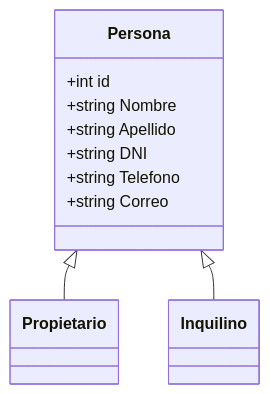
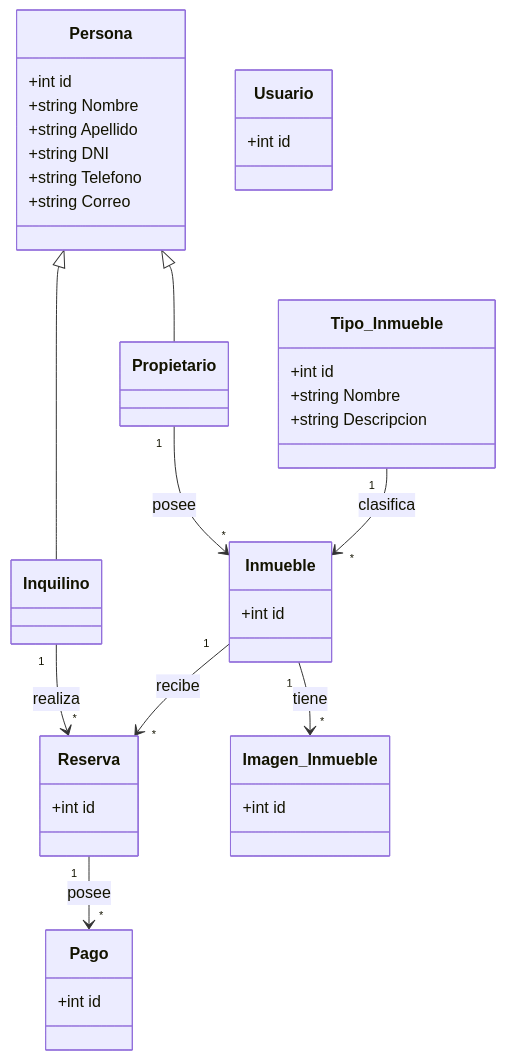
One commit to AlbertDaroni/Ejercicio-1 changed the diagram in README.md. Above: the diagram before and after it, drawn with Mermaid. The commit also changed other lines of this file, not shown here.

````diff
--- a/README.md
+++ b/README.md
@@ -28,21 +51,54 @@
 ```mermaid
 classDiagram
 
     class Persona {
         +int id
         +string Nombre
         +string Apellido
         +string DNI
         +string Telefono
         +string Correo
     }
 
     class Propietario {
     }
 
     class Inquilino {
     }
 
+    class Inmueble {
+        +int id
+    }
+
+    class Tipo_Inmueble {
+        +int id
+        +string Nombre
+        +string Descripcion
+    }
+
+    class Reserva {
+        +int id
+    }
+
+    class Imagen_Inmueble {
+        +int id
+    }
+
+    class Pago {
+        +int id
+    }
+
+    class Usuario {
+        +int id
+    }
+
     Persona <|-- Propietario
     Persona <|-- Inquilino
+
+    Propietario "1" --> "*" Inmueble : posee
+    Tipo_Inmueble "1" --> "*" Inmueble : clasifica
+    Inmueble "1" --> "*" Imagen_Inmueble : tiene
+    Inquilino "1" --> "*" Reserva : realiza
+    Inmueble "1" --> "*" Reserva : recibe
+    Reserva "1" --> "*" Pago : posee
 ```
````
